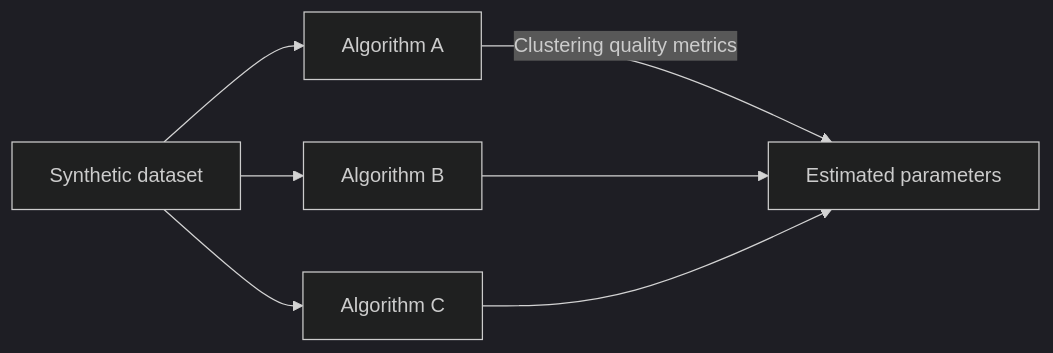
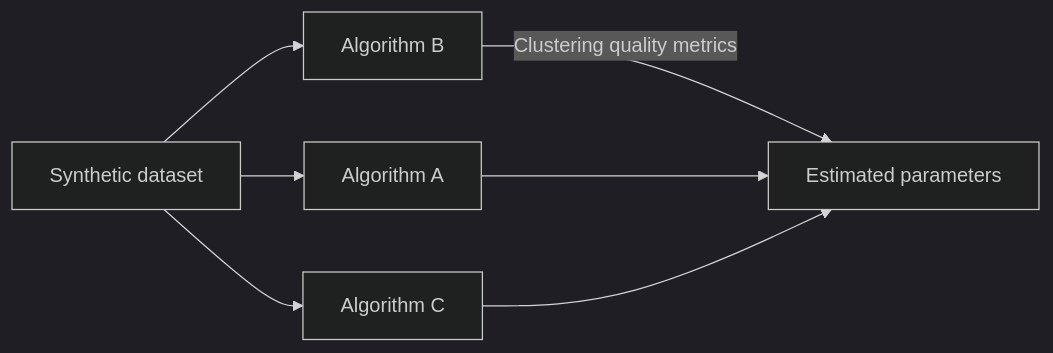
The third of 3 diagrams in README.md (GustavoRodovalho/SynthDataGen), drawn with Mermaid (dark theme) before and after one commit.

````diff
--- a/README.md
+++ b/README.md
@@ -43,10 +43,10 @@
 ```mermaid
 flowchart LR
     J[Synthetic dataset] --> K1[Algorithm A]
     J --> K2[Algorithm B]
     J --> K3[Algorithm C]
 
-    K1 --> |Clustering quality metrics| L[Estimated parameters]
-    K2 --> L
+    K2 --> |Clustering quality metrics| L[Estimated parameters]
+    K1 --> L
     K3 --> L
 ```
````
